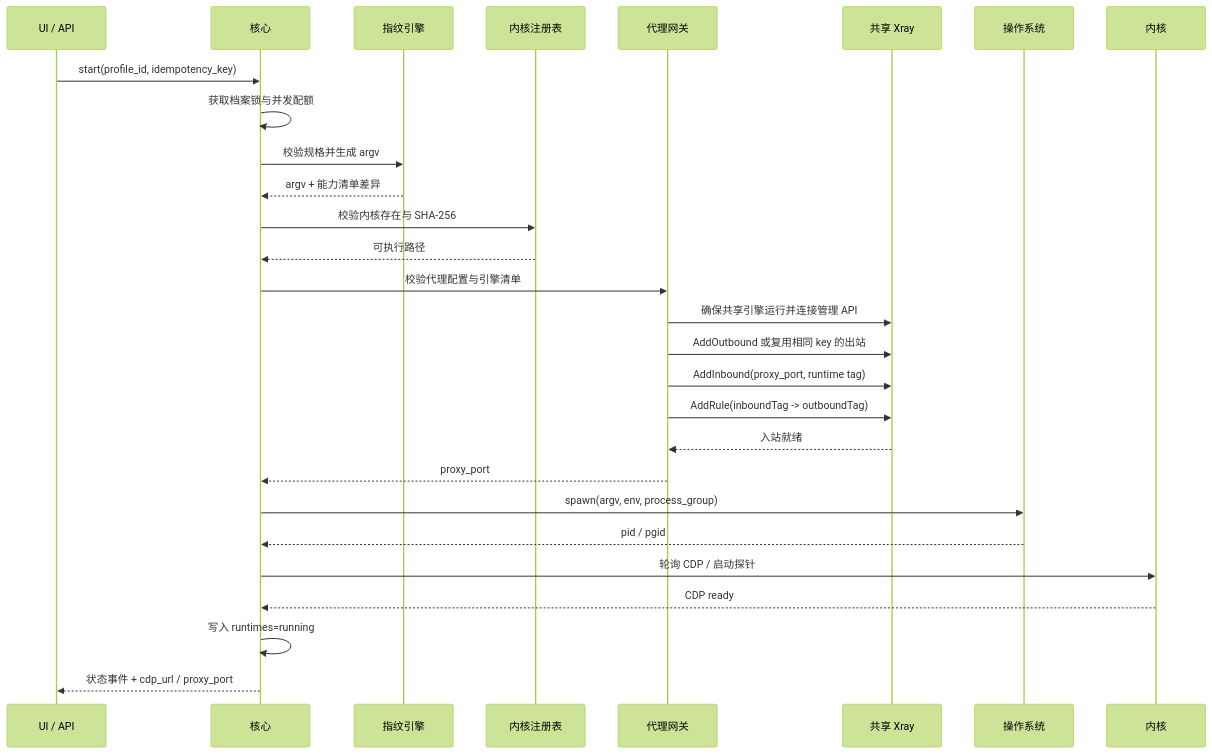
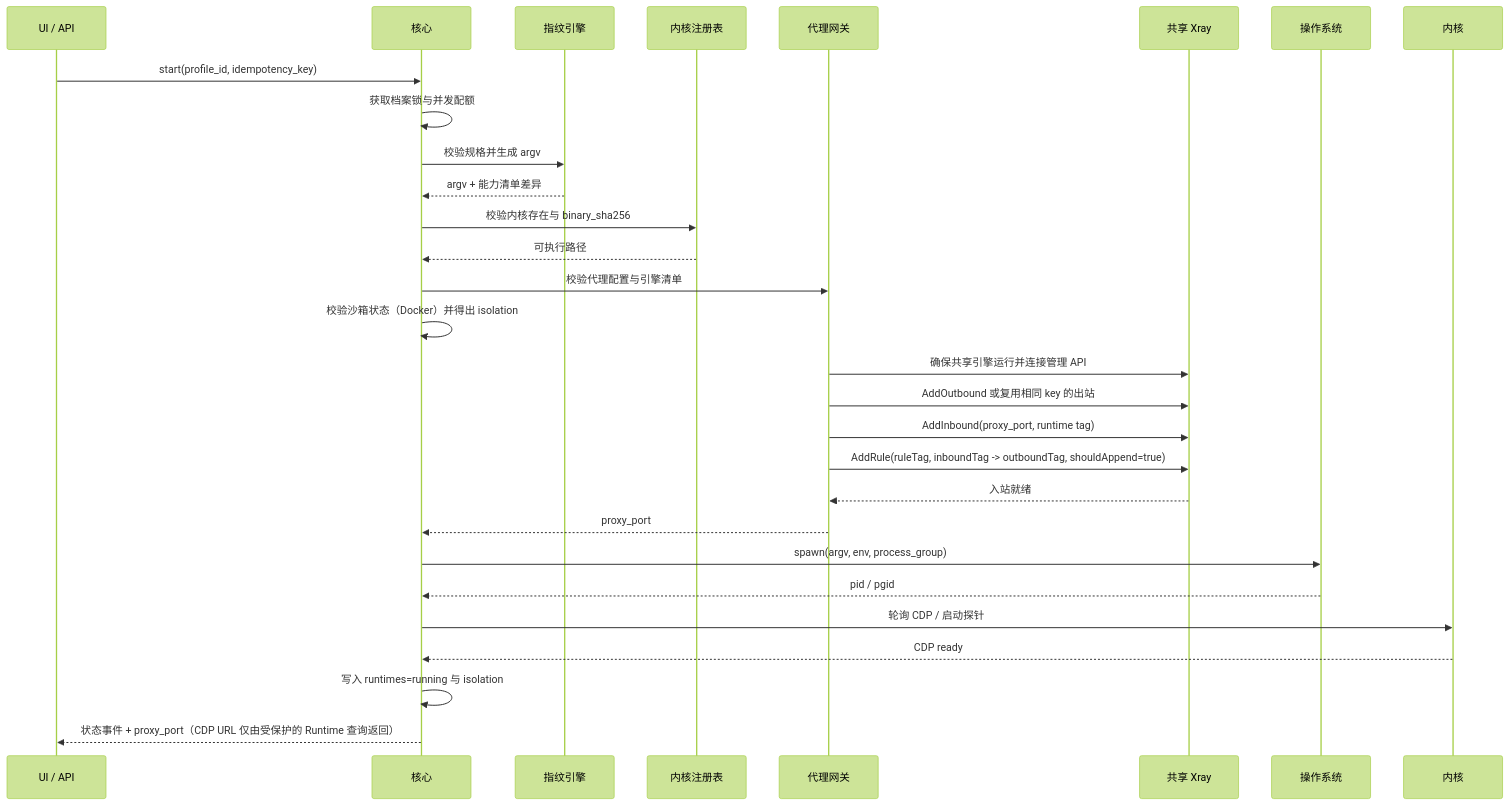
Before and after one commit to IvanLi-CN/mien: the fifth of 8 diagrams in docs/ARCHITECTURE.md, drawn with Mermaid (forest theme). The commit also changed other lines of this file and 52 other files, not shown here.

````diff
--- a/docs/ARCHITECTURE.md
+++ b/docs/ARCHITECTURE.md
@@ -212,31 +223,32 @@
 ```mermaid
 sequenceDiagram
   participant UI as UI / API
   participant Core as 核心
   participant FP as 指纹引擎
   participant KS as 内核注册表
   participant GW as 代理网关
   participant PE as 共享 Xray
   participant OS as 操作系统
   participant K as 内核
 
   UI->>Core: start(profile_id, idempotency_key)
   Core->>Core: 获取档案锁与并发配额
   Core->>FP: 校验规格并生成 argv
   FP-->>Core: argv + 能力清单差异
-  Core->>KS: 校验内核存在与 SHA-256
+  Core->>KS: 校验内核存在与 binary_sha256
   KS-->>Core: 可执行路径
   Core->>GW: 校验代理配置与引擎清单
+  Core->>Core: 校验沙箱状态（Docker）并得出 isolation
   GW->>PE: 确保共享引擎运行并连接管理 API
   GW->>PE: AddOutbound 或复用相同 key 的出站
   GW->>PE: AddInbound(proxy_port, runtime tag)
-  GW->>PE: AddRule(inboundTag -> outboundTag)
+  GW->>PE: AddRule(ruleTag, inboundTag -> outboundTag, shouldAppend=true)
   PE-->>GW: 入站就绪
   GW-->>Core: proxy_port
   Core->>OS: spawn(argv, env, process_group)
   OS-->>Core: pid / pgid
   Core->>K: 轮询 CDP / 启动探针
   K-->>Core: CDP ready
-  Core->>Core: 写入 runtimes=running
-  Core-->>UI: 状态事件 + cdp_url / proxy_port
+  Core->>Core: 写入 runtimes=running 与 isolation
+  Core-->>UI: 状态事件 + proxy_port（CDP URL 仅由受保护的 Runtime 查询返回）
 ```
````
